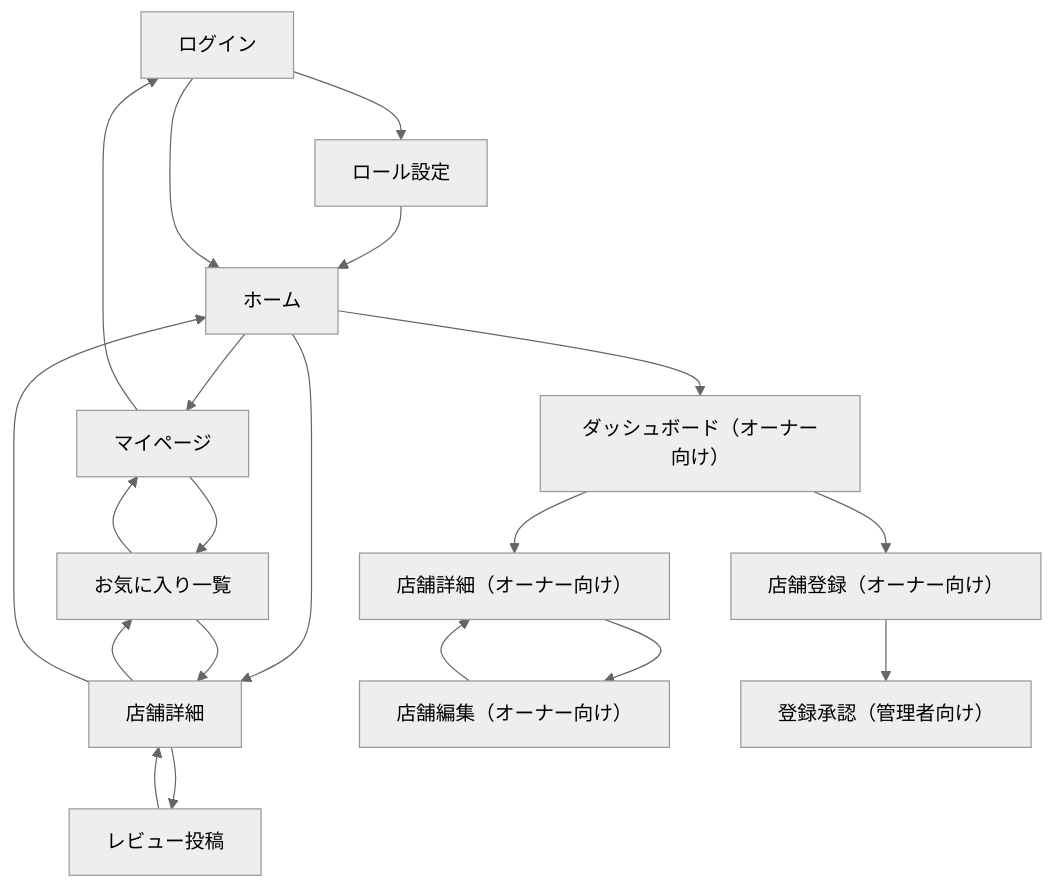
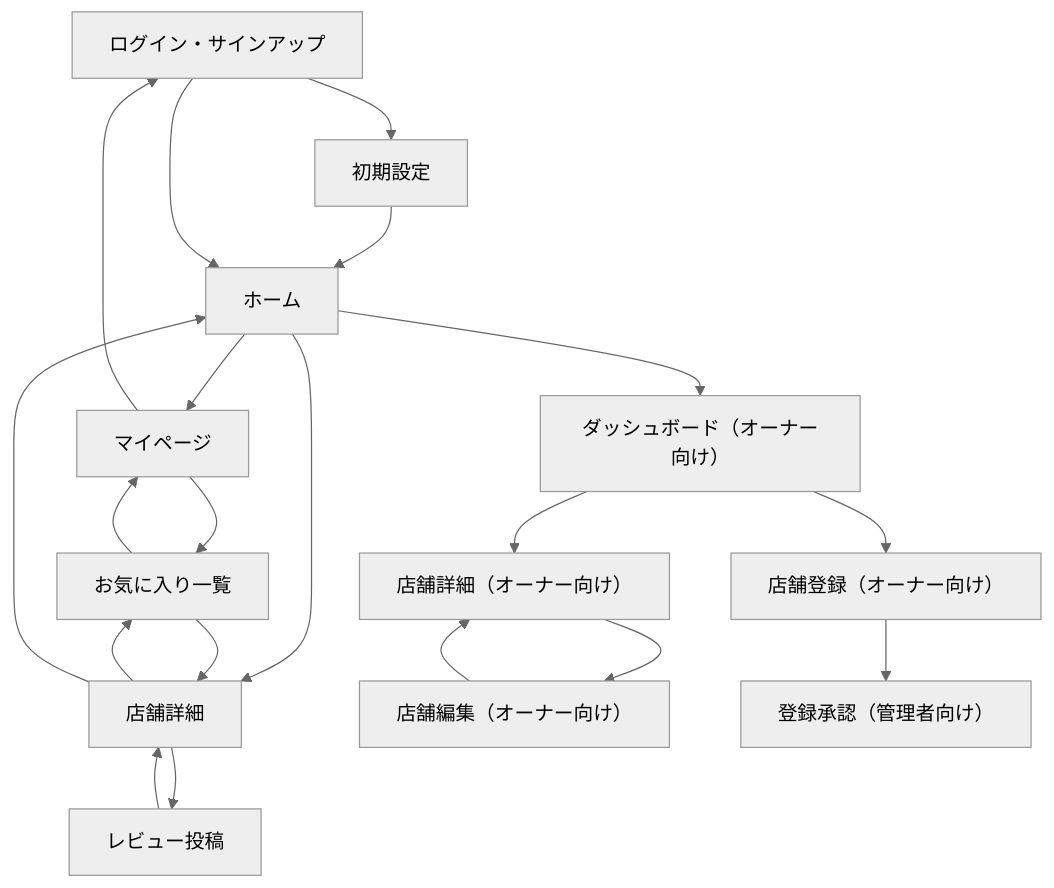
One commit to TeamH04/team-production changed the diagram in docs/screen-flow.md. Above: the diagram before and after it, drawn with Mermaid (neutral theme).

Commit message:
fix: 画面遷移図のログイン画面の名称を修正

````diff
--- a/docs/screen-flow.md
+++ b/docs/screen-flow.md
@@ -17,31 +17,31 @@
 ```mermaid
 flowchart TD
 
-    A[ログイン] --> B[ロール設定]
+    A[ログイン・サインアップ] --> B[初期設定]
     B --> C[ホーム]
     A --> C
 
     C --> D[マイページ]
     C --> E[店舗詳細]
     C --> O[ダッシュボード（オーナー向け）]
     D --> A
 
     O --> F[店舗登録（オーナー向け）]
     O --> K[店舗詳細（オーナー向け）]
 
     D --> G[お気に入り一覧]
     G --> D
     G --> E
     E --> G
     E --> C
 
 
     E --> H[レビュー投稿]
     H --> E
 
     K --> I[店舗編集（オーナー向け）]
     I --> K
 
     F --> J[登録承認（管理者向け）]
 
 ```
````
